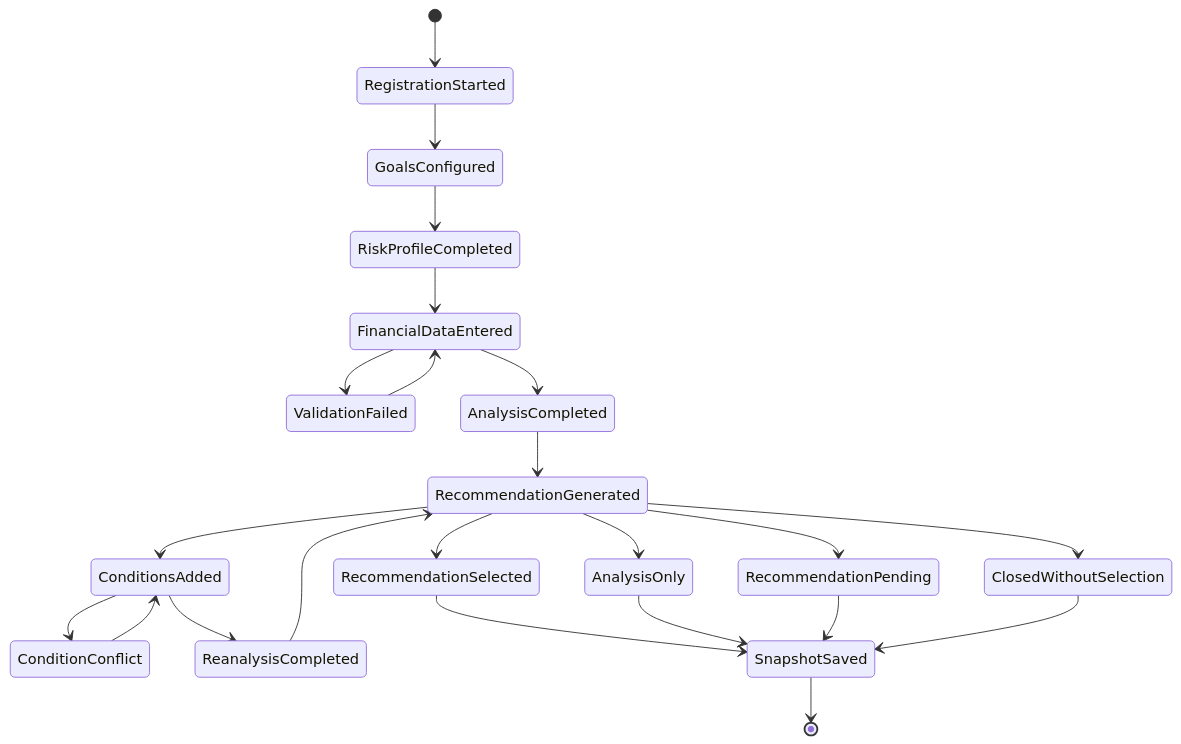
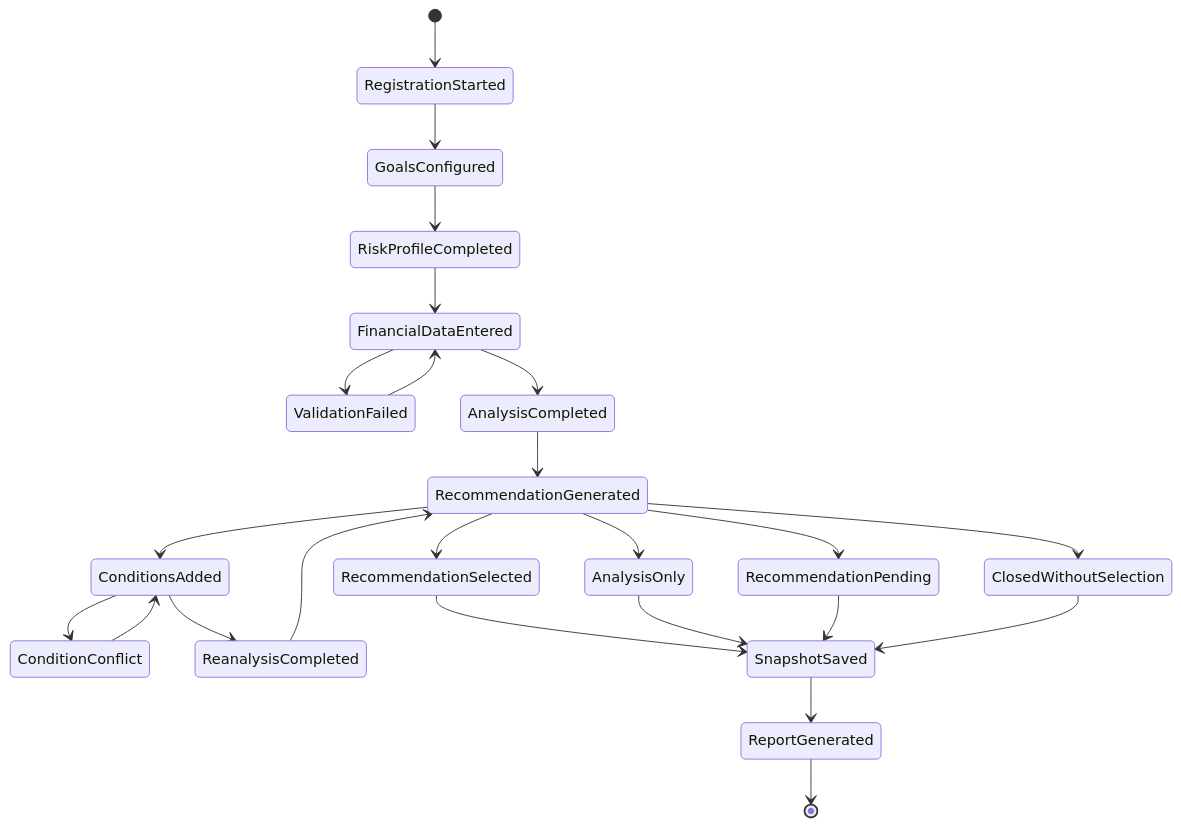
Before and after one commit to xenric/personal-finance-copilot: the sixth of 7 diagrams in docs/specifications/02-FLOW-CHART.md, drawn with Mermaid. The commit also changed other lines of this file and 10 other files, not shown here.

````diff
--- a/docs/specifications/02-FLOW-CHART.md
+++ b/docs/specifications/02-FLOW-CHART.md
@@ -274,33 +278,34 @@
 ```mermaid
 stateDiagram-v2
     [*] --> RegistrationStarted
 
     RegistrationStarted --> GoalsConfigured
     GoalsConfigured --> RiskProfileCompleted
     RiskProfileCompleted --> FinancialDataEntered
 
     FinancialDataEntered --> ValidationFailed
     ValidationFailed --> FinancialDataEntered
 
     FinancialDataEntered --> AnalysisCompleted
     AnalysisCompleted --> RecommendationGenerated
 
     RecommendationGenerated --> ConditionsAdded
     ConditionsAdded --> ConditionConflict
     ConditionConflict --> ConditionsAdded
 
     ConditionsAdded --> ReanalysisCompleted
     ReanalysisCompleted --> RecommendationGenerated
 
     RecommendationGenerated --> RecommendationSelected
     RecommendationGenerated --> AnalysisOnly
     RecommendationGenerated --> RecommendationPending
     RecommendationGenerated --> ClosedWithoutSelection
 
     RecommendationSelected --> SnapshotSaved
     AnalysisOnly --> SnapshotSaved
     RecommendationPending --> SnapshotSaved
     ClosedWithoutSelection --> SnapshotSaved
 
-    SnapshotSaved --> [*]
+    SnapshotSaved --> ReportGenerated
+    ReportGenerated --> [*]
 ```
````
